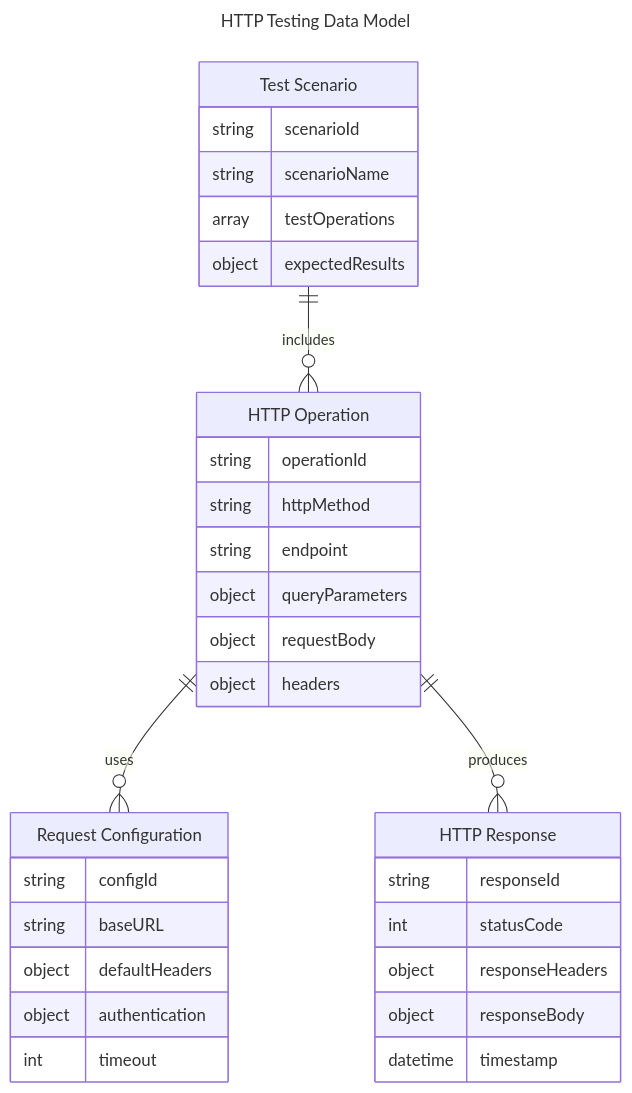
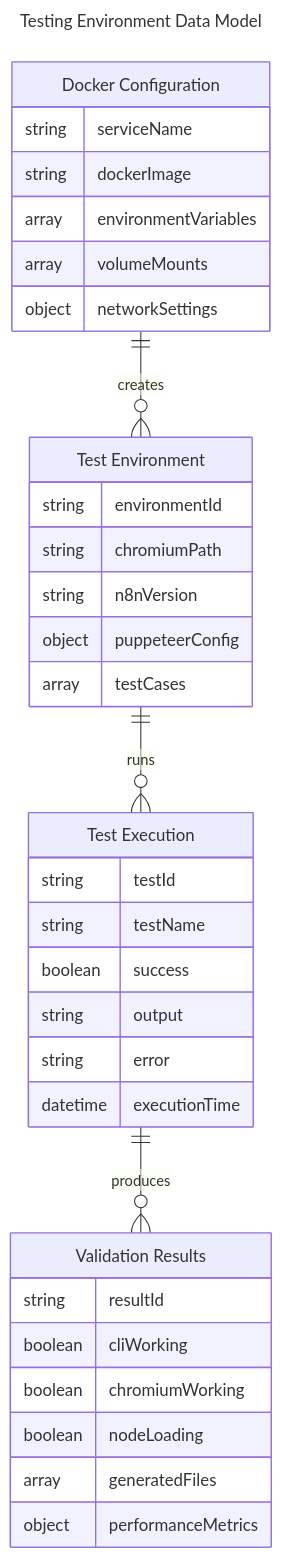
One commit to RustedVikingOG/n8n-nodes-mermaid changed diagram 18 of 18 in docs/designs/use_cases.md. Above: the diagram before and after it, drawn with Mermaid. The commit also changed other lines of this file and 5 other files, not shown here.

Commit message:
docs: complete architecture and use cases documentation sync per documenter-prompt requirements

````diff
--- a/docs/designs/use_cases.md
+++ b/docs/designs/use_cases.md
@@ -533,41 +545,43 @@
 ```mermaid
 ---
-title: HTTP Testing Data Model
+title: Testing Environment Data Model
 ---
 erDiagram
-    "HTTP Operation" {
-        string operationId
-        string httpMethod
-        string endpoint
-        object queryParameters
-        object requestBody
-        object headers
+    "Docker Configuration" {
+        string serviceName
+        string dockerImage
+        array environmentVariables
+        array volumeMounts
+        object networkSettings
     }
     
-    "Request Configuration" {
-        string configId
-        string baseURL
-        object defaultHeaders
-        object authentication
-        int timeout
+    "Test Environment" {
+        string environmentId
+        string chromiumPath
+        string n8nVersion
+        object puppeteerConfig
+        array testCases
     }
     
-    "HTTP Response" {
-        string responseId
-        int statusCode
-        object responseHeaders
-        object responseBody
-        datetime timestamp
+    "Test Execution" {
+        string testId
+        string testName
+        boolean success
+        string output
+        string error
+        datetime executionTime
     }
     
-    "Test Scenario" {
-        string scenarioId
-        string scenarioName
-        array testOperations
-        object expectedResults
+    "Validation Results" {
+        string resultId
+        boolean cliWorking
+        boolean chromiumWorking
+        boolean nodeLoading
+        array generatedFiles
+        object performanceMetrics
     }
     
-    "HTTP Operation" ||--o{ "Request Configuration" : uses
-    "HTTP Operation" ||--o{ "HTTP Response" : produces
-    "Test Scenario" ||--o{ "HTTP Operation" : includes
+    "Docker Configuration" ||--o{ "Test Environment" : creates
+    "Test Environment" ||--o{ "Test Execution" : runs
+    "Test Execution" ||--o{ "Validation Results" : produces
 ```
````
